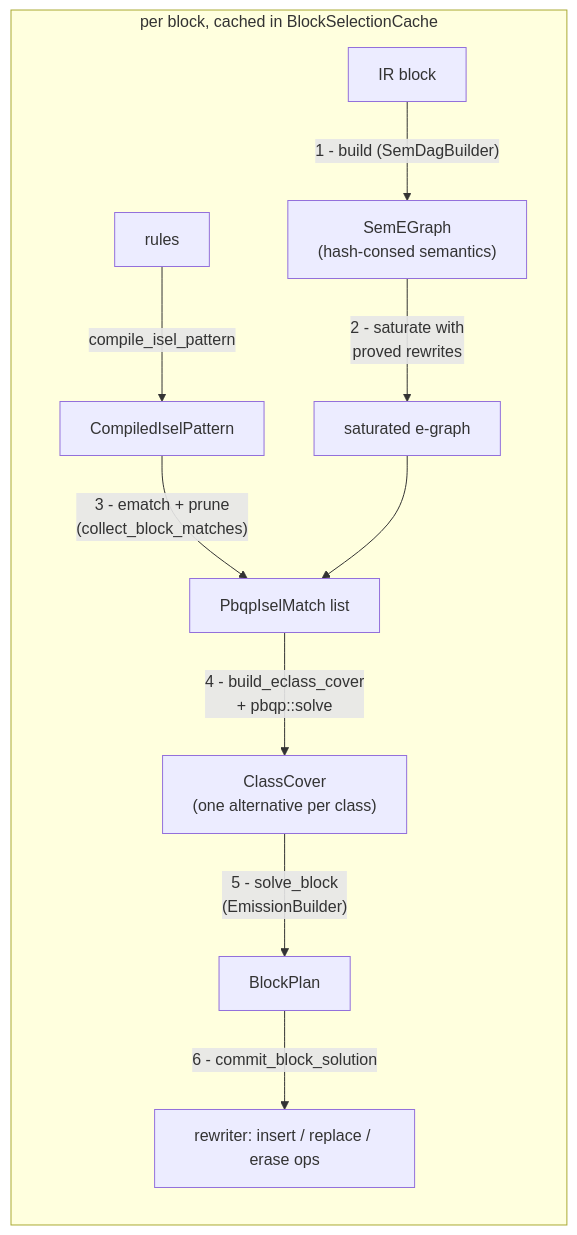
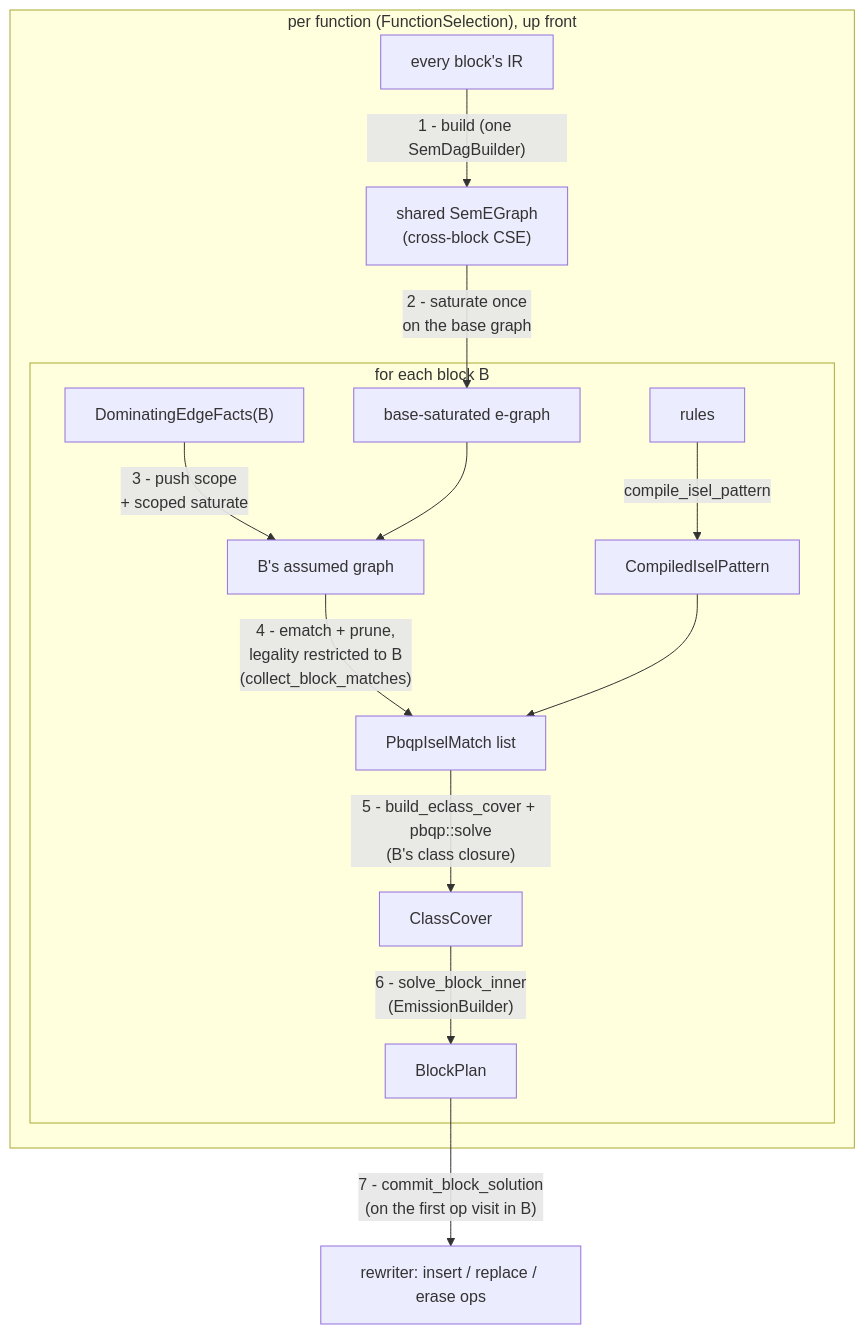
The diagram in docs/design/instruction_selection.md (alexbatashev/tir), drawn with Mermaid before and after one commit. The commit also changed other lines of this file and 15 other files, not shown here.

First line of the commit message:
feat(isel): function-wide e-graph with dominating-edge facts (#231)

````diff
--- a/docs/design/instruction_selection.md
+++ b/docs/design/instruction_selection.md
@@ -29,13 +31,17 @@
 ```mermaid
-flowchart LR
-    subgraph per_block["per block, cached in BlockSelectionCache"]
-        ir["IR block"] -->|"1 - build (SemDagBuilder)"| eg["SemEGraph\n(hash-consed semantics)"]
-        eg -->|"2 - saturate with\nproved rewrites"| sat["saturated e-graph"]
-        rules["rules"] -->|compile_isel_pattern| pats["CompiledIselPattern"]
-        pats -->|"3 - ematch + prune\n(collect_block_matches)"| matches["PbqpIselMatch list"]
-        sat --> matches
-        matches -->|"4 - build_eclass_cover\n+ pbqp::solve"| cover["ClassCover\n(one alternative per class)"]
-        cover -->|"5 - solve_block\n(EmissionBuilder)"| plan["BlockPlan"]
-        plan -->|"6 - commit_block_solution"| out["rewriter: insert / replace / erase ops"]
+flowchart TB
+    subgraph per_function["per function (FunctionSelection), up front"]
+        ir["every block's IR"] -->|"1 - build (one SemDagBuilder)"| eg["shared SemEGraph\n(cross-block CSE)"]
+        eg -->|"2 - saturate once\non the base graph"| sat["base-saturated e-graph"]
+        subgraph per_block["for each block B"]
+            facts["DominatingEdgeFacts(B)"] -->|"3 - push scope\n+ scoped saturate"| scoped["B's assumed graph"]
+            sat --> scoped
+            rules["rules"] -->|compile_isel_pattern| pats["CompiledIselPattern"]
+            scoped -->|"4 - ematch + prune,\nlegality restricted to B\n(collect_block_matches)"| matches["PbqpIselMatch list"]
+            pats --> matches
+            matches -->|"5 - build_eclass_cover + pbqp::solve\n(B's class closure)"| cover["ClassCover"]
+            cover -->|"6 - solve_block_inner\n(EmissionBuilder)"| plan["BlockPlan"]
+        end
     end
+    plan -->|"7 - commit_block_solution\n(on the first op visit in B)"| out["rewriter: insert / replace / erase ops"]
 ```
````
